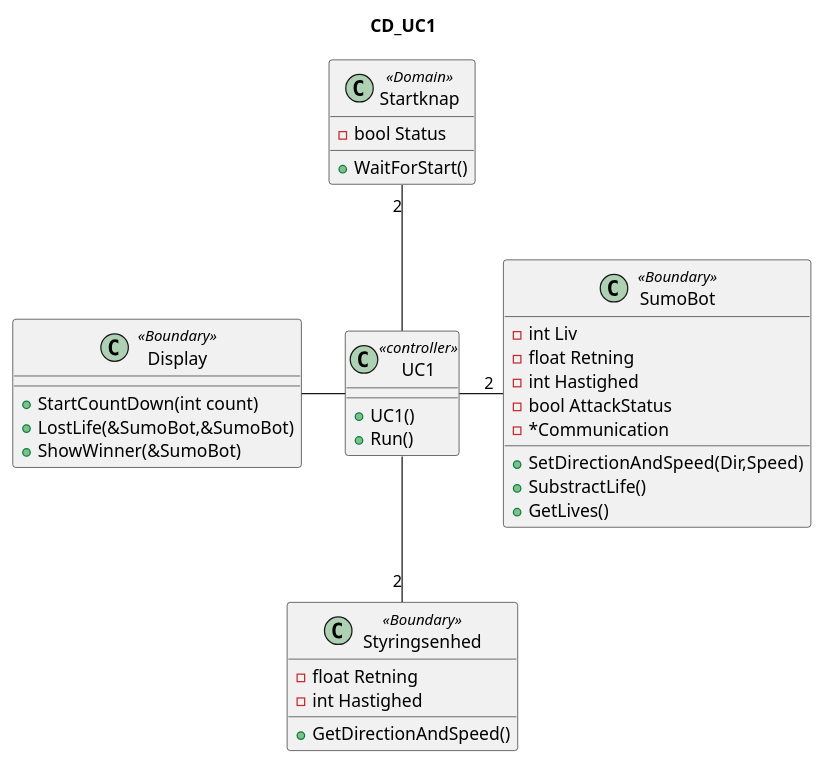
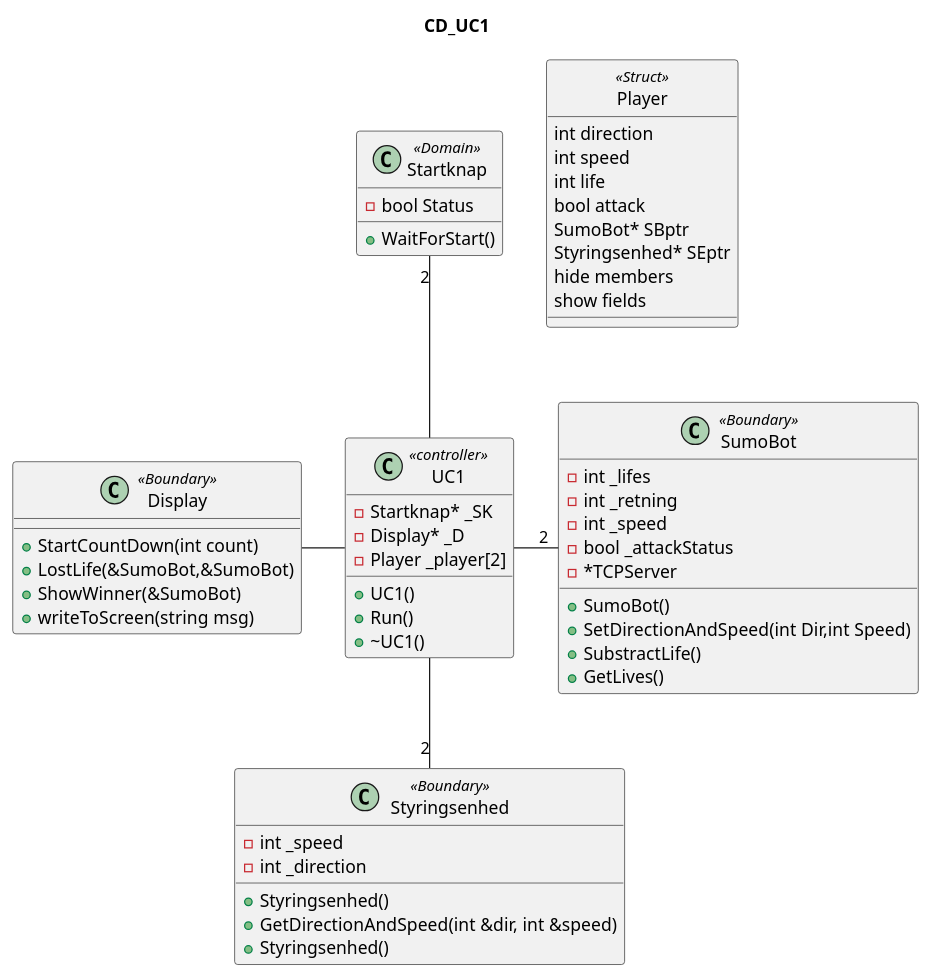
Before and after one commit to Solvgraa-mager/E3PRJ3: the diagram in Diagrammer/CentralComputer/ClassDiagram/ClassDiagram.plantuml, drawn with PlantUML. The commit also changed 4 other files, not shown here.

Commit message:
Diagrammer opdateret //Simon

```diff
--- a/Diagrammer/CentralComputer/ClassDiagram/ClassDiagram.plantuml
+++ b/Diagrammer/CentralComputer/ClassDiagram/ClassDiagram.plantuml
@@ -1,40 +1,61 @@
 @startuml
 title CD_UC1
 
 class UC1 <<controller>>{
     +UC1()
     +Run()
+    +~UC1()
+    -Startknap* _SK
+    -Display* _D
+    -Player _player[2]
 }
 
 class Startknap <<Domain>>{
 -bool Status
 +WaitForStart()
 }
+
 class Display<<Boundary>>{
     +StartCountDown(int count)
     +LostLife(&SumoBot,&SumoBot)
     +ShowWinner(&SumoBot)
+    +writeToScreen(string msg)
 }
 
 class SumoBot <<Boundary>>{
-    - int Liv
-    -float Retning
-    -int Hastighed
-    -bool AttackStatus
-    +SetDirectionAndSpeed(Dir,Speed)
+    - int _lifes
+    -int _retning
+    -int _speed
+    -bool _attackStatus
+    +SumoBot()
+    +SetDirectionAndSpeed(int Dir,int Speed)
     +SubstractLife()
     +GetLives()
-    - *Communication
+    - *TCPServer
 }
 class Styringsenhed <<Boundary>>{
-   - float Retning
-    -int Hastighed
-    +GetDirectionAndSpeed()
+   - int _speed
+    -int _direction
+    +Styringsenhed()
+    +GetDirectionAndSpeed(int &dir, int &speed)
+    +Styringsenhed()
 }
+
+class Player <<Struct>> {
+int direction
+int speed
+int life
+bool attack
+SumoBot* SBptr
+Styringsenhed* SEptr
+hide members
+show fields
+}
+hide <<Struct>> circle
 
 Startknap"2" -- UC1
 UC1 -- "2"Styringsenhed
 UC1 - "2"SumoBot
 Display - UC1
 
 @enduml
```
